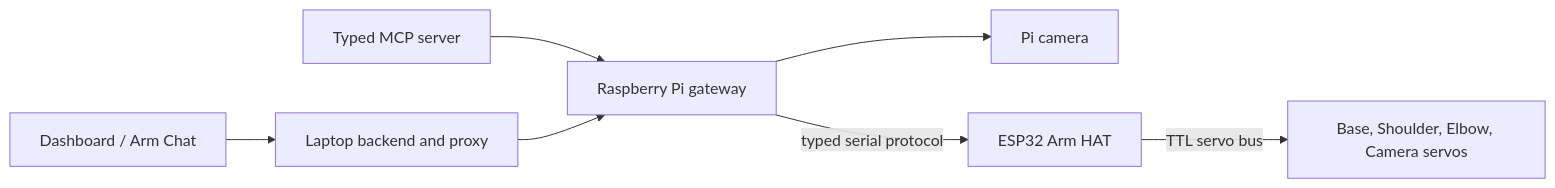
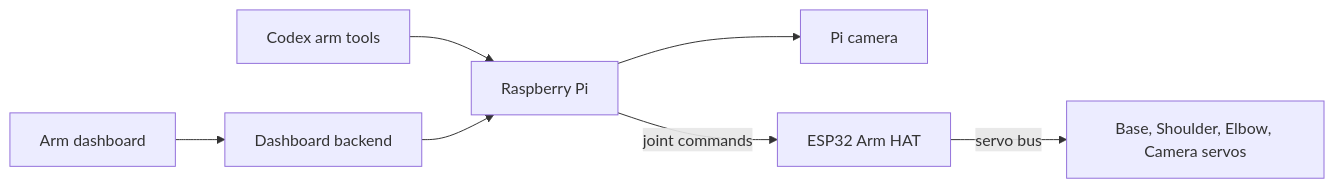
The diagram in docs/SOFTWARE_ARCHITECTURE.md (over-TT/co-arm), drawn with Mermaid before and after one commit. The commit also changed other lines of this file and 204 other files, not shown here.

````diff
--- a/docs/SOFTWARE_ARCHITECTURE.md
+++ b/docs/SOFTWARE_ARCHITECTURE.md
@@ -12,9 +21,9 @@
 ```mermaid
 flowchart LR
-    UI["Dashboard / Arm Chat"] --> B["Laptop backend and proxy"]
-    MCP["Typed MCP server"] --> G["Raspberry Pi gateway"]
+    UI["Arm dashboard"] --> B["Dashboard backend"]
+    MCP["Codex arm tools"] --> G["Raspberry Pi"]
     B --> G
     G --> C["Pi camera"]
-    G -->|"typed serial protocol"| H["ESP32 Arm HAT"]
-    H -->|"TTL servo bus"| S["Base, Shoulder, Elbow, Camera servos"]
+    G -->|"joint commands"| H["ESP32 Arm HAT"]
+    H -->|"servo bus"| S["Base, Shoulder, Elbow, Camera servos"]
 ```
````
